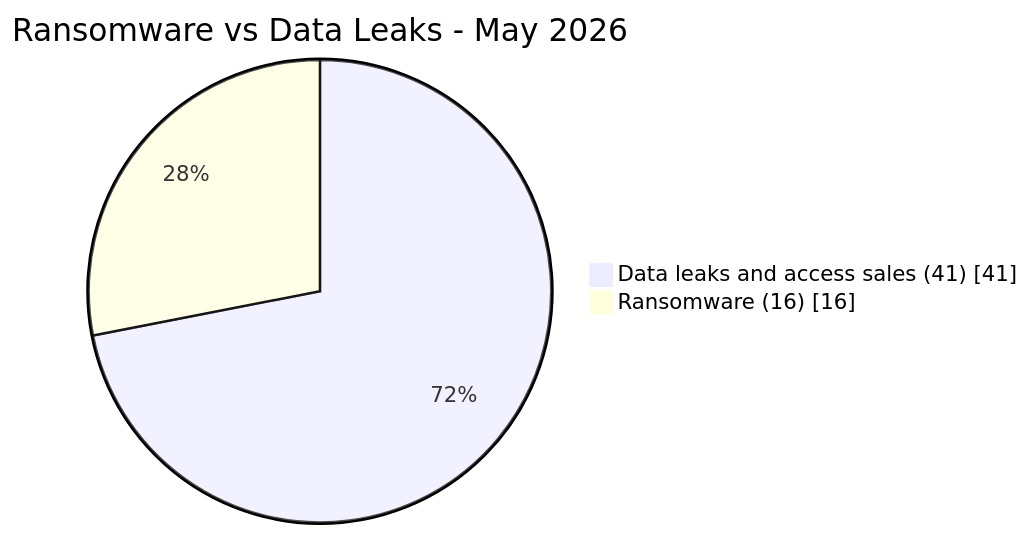
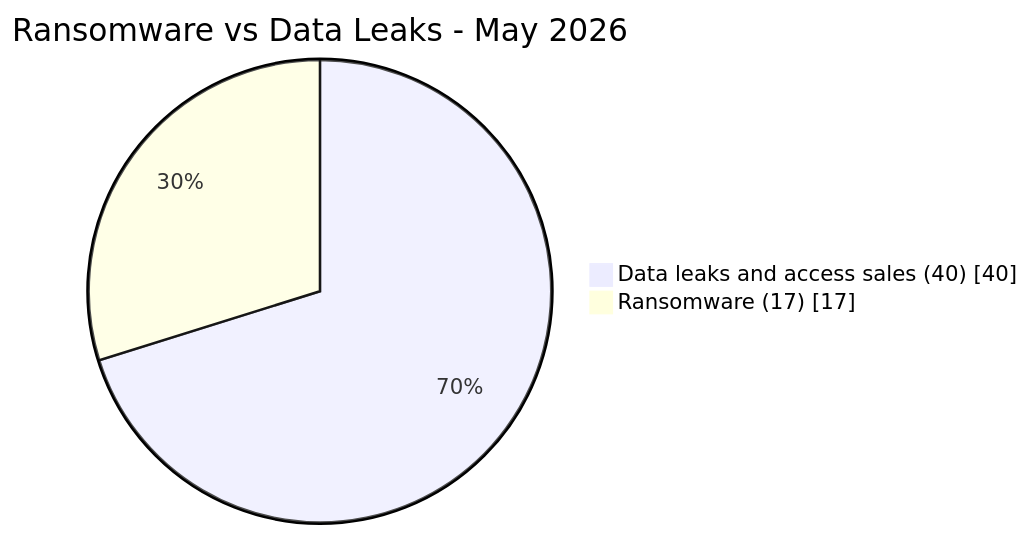
The first of 3 diagrams in visual-intelligence/05-may/ransomware-vs-leaks_may_2026.md (Hatchepsoute/AFRINTEL), drawn with Mermaid before and after one commit. The commit also changed other lines of this file and 85 other files, not shown here.

````diff
--- a/visual-intelligence/05-may/ransomware-vs-leaks_may_2026.md
+++ b/visual-intelligence/05-may/ransomware-vs-leaks_may_2026.md
@@ -4,6 +4,6 @@
 ```mermaid
 pie showData
     title Ransomware vs Data Leaks - May 2026
-    "Data leaks and access sales (41)" : 41
-    "Ransomware (16)" : 16
+    "Data leaks and access sales (40)" : 40
+    "Ransomware (17)" : 17
 ```
````
